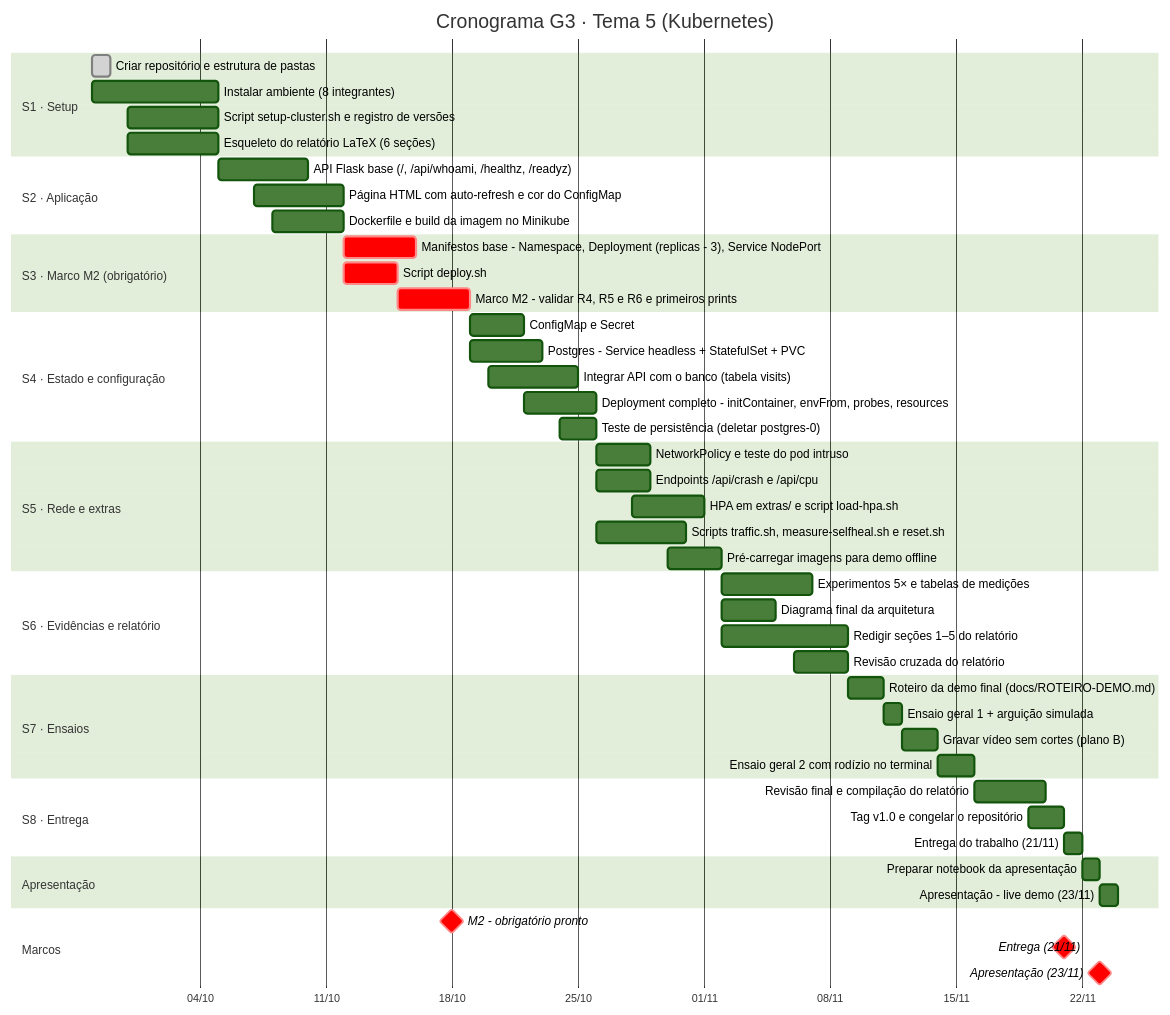
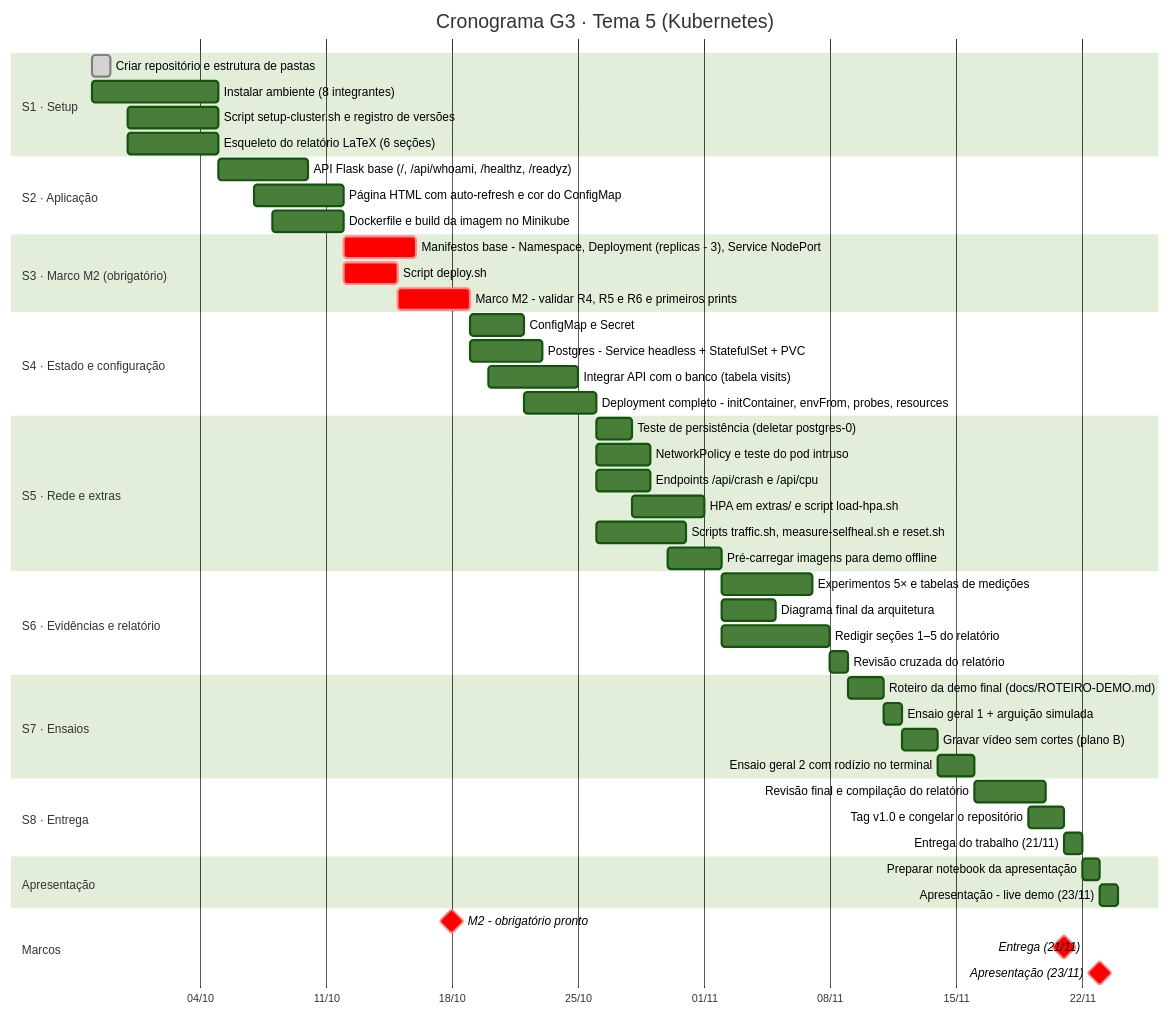
Before and after one commit to JohnPss/k8s-alta-disponibilidade: the second of 2 diagrams in docs/CRONOGRAMA.md, drawn with Mermaid (forest theme). The commit also changed other lines of this file and 5 other files, not shown here.

````diff
--- a/docs/CRONOGRAMA.md
+++ b/docs/CRONOGRAMA.md
@@ -27,53 +27,53 @@
 ```mermaid
 gantt
     title Cronograma G3 · Tema 5 (Kubernetes)
     dateFormat YYYY-MM-DD
     axisFormat %d/%m
     todayMarker stroke-width:3px,stroke:#e74c3c
     section S1 · Setup
     Criar repositório e estrutura de pastas :done, 2026-09-28, 2026-09-29
     Instalar ambiente (8 integrantes) :2026-09-28, 2026-10-05
     Script setup-cluster.sh e registro de versões :2026-09-30, 2026-10-05
     Esqueleto do relatório LaTeX (6 seções) :2026-09-30, 2026-10-05
     section S2 · Aplicação
     API Flask base (/, /api/whoami, /healthz, /readyz) :2026-10-05, 2026-10-10
     Página HTML com auto-refresh e cor do ConfigMap :2026-10-07, 2026-10-12
     Dockerfile e build da imagem no Minikube :2026-10-08, 2026-10-12
     section S3 · Marco M2 (obrigatório)
     Manifestos base - Namespace, Deployment (replicas - 3), Service NodePort :crit, 2026-10-12, 2026-10-16
     Script deploy.sh :crit, 2026-10-12, 2026-10-15
     Marco M2 - validar R4, R5 e R6 e primeiros prints :crit, 2026-10-15, 2026-10-19
     section S4 · Estado e configuração
     ConfigMap e Secret :2026-10-19, 2026-10-22
     Postgres - Service headless + StatefulSet + PVC :2026-10-19, 2026-10-23
     Integrar API com o banco (tabela visits) :2026-10-20, 2026-10-25
     Deployment completo - initContainer, envFrom, probes, resources :2026-10-22, 2026-10-26
-    Teste de persistência (deletar postgres-0) :2026-10-24, 2026-10-26
     section S5 · Rede e extras
+    Teste de persistência (deletar postgres-0) :2026-10-26, 2026-10-28
     NetworkPolicy e teste do pod intruso :2026-10-26, 2026-10-29
     Endpoints /api/crash e /api/cpu :2026-10-26, 2026-10-29
     HPA em extras/ e script load-hpa.sh :2026-10-28, 2026-11-01
     Scripts traffic.sh, measure-selfheal.sh e reset.sh :2026-10-26, 2026-10-31
     Pré-carregar imagens para demo offline :2026-10-30, 2026-11-02
     section S6 · Evidências e relatório
     Experimentos 5× e tabelas de medições :2026-11-02, 2026-11-07
     Diagrama final da arquitetura :2026-11-02, 2026-11-05
-    Redigir seções 1–5 do relatório :2026-11-02, 2026-11-09
-    Revisão cruzada do relatório :2026-11-06, 2026-11-09
+    Redigir seções 1–5 do relatório :2026-11-02, 2026-11-08
+    Revisão cruzada do relatório :2026-11-08, 2026-11-09
     section S7 · Ensaios
     Roteiro da demo final (docs/ROTEIRO-DEMO.md) :2026-11-09, 2026-11-11
     Ensaio geral 1 + arguição simulada :2026-11-11, 2026-11-12
     Gravar vídeo sem cortes (plano B) :2026-11-12, 2026-11-14
     Ensaio geral 2 com rodízio no terminal :2026-11-14, 2026-11-16
     section S8 · Entrega
     Revisão final e compilação do relatório :2026-11-16, 2026-11-20
     Tag v1.0 e congelar o repositório :2026-11-19, 2026-11-21
     Entrega do trabalho (21/11) :2026-11-21, 2026-11-22
     section Apresentação
     Preparar notebook da apresentação :2026-11-22, 2026-11-23
     Apresentação - live demo (23/11) :2026-11-23, 2026-11-24
     section Marcos
     M2 - obrigatório pronto :milestone, crit, 2026-10-18, 0d
     Entrega (21/11) :milestone, crit, 2026-11-21, 0d
     Apresentação (23/11) :milestone, crit, 2026-11-23, 0d
 ```
````
